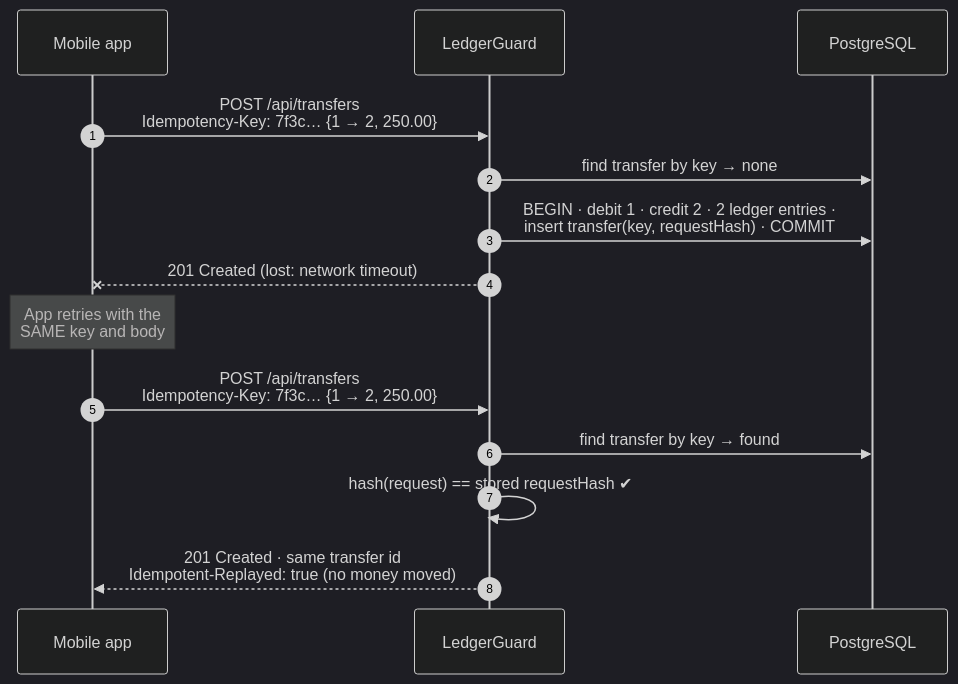
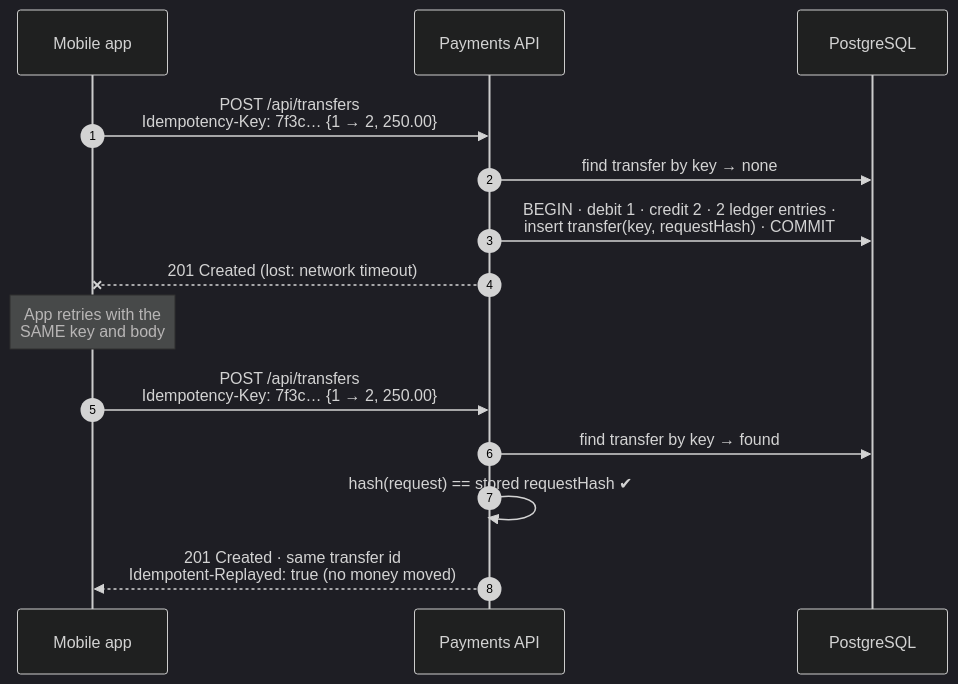
One commit to DiyarSari/exactly-once-payments changed the diagram in README.md. Above: the diagram before and after it, drawn with Mermaid (dark theme). The commit also changed other lines of this file and 4 other files, not shown here.

````diff
--- a/README.md
+++ b/README.md
@@ -52,19 +52,19 @@
 ```mermaid
 sequenceDiagram
     autonumber
     participant App as Mobile app
-    participant API as LedgerGuard
+    participant API as Payments API
     participant DB as PostgreSQL
 
     App->>API: POST /api/transfers<br/>Idempotency-Key: 7f3c…  {1 → 2, 250.00}
     API->>DB: find transfer by key → none
     API->>DB: BEGIN · debit 1 · credit 2 · 2 ledger entries ·<br/>insert transfer(key, requestHash) · COMMIT
     API--xApp: 201 Created (lost: network timeout)
 
     Note over App: App retries with the<br/>SAME key and body
 
     App->>API: POST /api/transfers<br/>Idempotency-Key: 7f3c…  {1 → 2, 250.00}
     API->>DB: find transfer by key → found
     API->>API: hash(request) == stored requestHash ✔
     API-->>App: 201 Created · same transfer id<br/>Idempotent-Replayed: true (no money moved)
 ```
````
